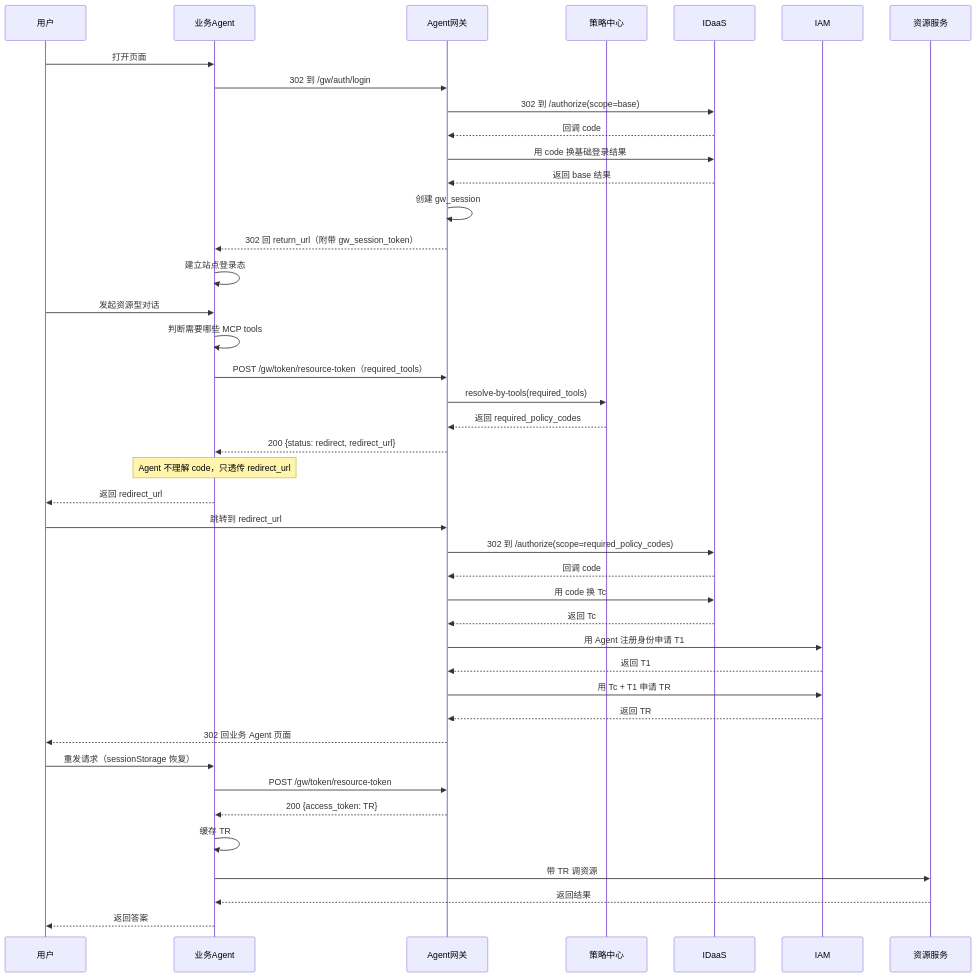
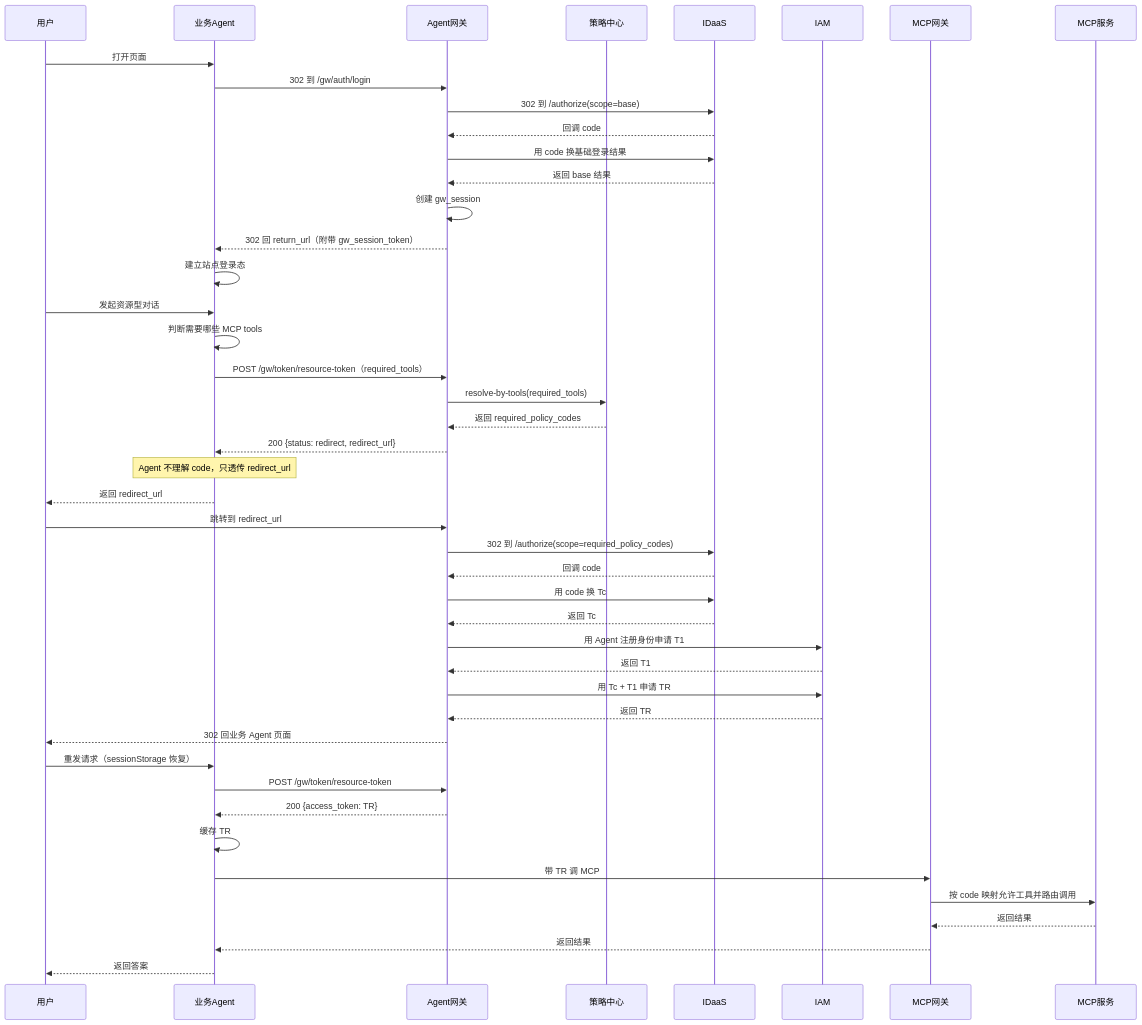
One commit to xuning117634-ux/auth-design-spec changed the fourth of 4 diagrams in docs/design/final_design/02_引入Agent网关版方案.md. Above: the diagram before and after it, drawn with Mermaid. The commit also changed other lines of this file and 1 other file, not shown here.

````diff
--- a/docs/design/final_design/02_引入Agent网关版方案.md
+++ b/docs/design/final_design/02_引入Agent网关版方案.md
@@ -664,49 +678,52 @@
 ```mermaid
 sequenceDiagram
     participant 用户
     participant 业务Agent
     participant Agent网关
     participant 策略中心
     participant IDaaS
     participant IAM
-    participant 资源服务
+    participant MCP网关
+    participant MCP服务
 
     用户->>业务Agent: 打开页面
     业务Agent->>Agent网关: 302 到 /gw/auth/login
     Agent网关->>IDaaS: 302 到 /authorize(scope=base)
     IDaaS-->>Agent网关: 回调 code
     Agent网关->>IDaaS: 用 code 换基础登录结果
     IDaaS-->>Agent网关: 返回 base 结果
     Agent网关->>Agent网关: 创建 gw_session
     Agent网关-->>业务Agent: 302 回 return_url（附带 gw_session_token）
     业务Agent->>业务Agent: 建立站点登录态
 
     用户->>业务Agent: 发起资源型对话
     业务Agent->>业务Agent: 判断需要哪些 MCP tools
     业务Agent->>Agent网关: POST /gw/token/resource-token（required_tools）
     Agent网关->>策略中心: resolve-by-tools(required_tools)
     策略中心-->>Agent网关: 返回 required_policy_codes
     Agent网关-->>业务Agent: 200 {status: redirect, redirect_url}
 
     Note over 业务Agent: Agent 不理解 code，只透传 redirect_url
     业务Agent-->>用户: 返回 redirect_url
     用户->>Agent网关: 跳转到 redirect_url
 
     Agent网关->>IDaaS: 302 到 /authorize(scope=required_policy_codes)
     IDaaS-->>Agent网关: 回调 code
     Agent网关->>IDaaS: 用 code 换 Tc
     IDaaS-->>Agent网关: 返回 Tc
     Agent网关->>IAM: 用 Agent 注册身份申请 T1
     IAM-->>Agent网关: 返回 T1
     Agent网关->>IAM: 用 Tc + T1 申请 TR
     IAM-->>Agent网关: 返回 TR
     Agent网关-->>用户: 302 回业务 Agent 页面
 
     用户->>业务Agent: 重发请求（sessionStorage 恢复）
     业务Agent->>Agent网关: POST /gw/token/resource-token
     Agent网关-->>业务Agent: 200 {access_token: TR}
     业务Agent->>业务Agent: 缓存 TR
-    业务Agent->>资源服务: 带 TR 调资源
-    资源服务-->>业务Agent: 返回结果
+    业务Agent->>MCP网关: 带 TR 调 MCP
+    MCP网关->>MCP服务: 按 code 映射允许工具并路由调用
+    MCP服务-->>MCP网关: 返回结果
+    MCP网关-->>业务Agent: 返回结果
     业务Agent-->>用户: 返回答案
 ```
````
